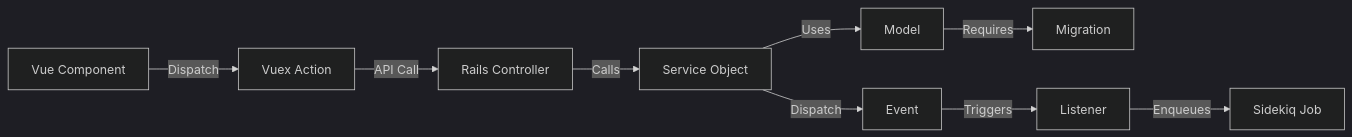
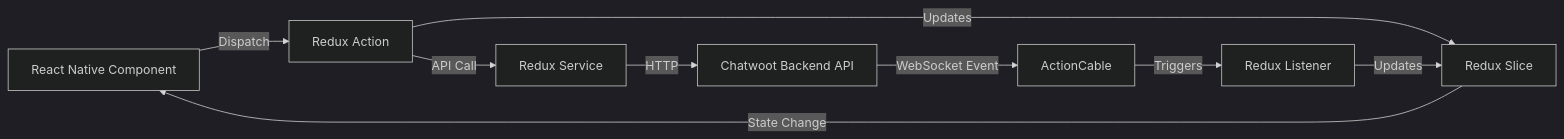
The second of 2 diagrams in processes/code_review/COMMIT_ANALYSIS_TEMPLATE.md (eleva-labs/chatwoot-mobile-app), drawn with Mermaid (dark theme) before and after one commit. The commit also changed other lines of this file and 4 other files, not shown here.

````diff
--- a/processes/code_review/COMMIT_ANALYSIS_TEMPLATE.md
+++ b/processes/code_review/COMMIT_ANALYSIS_TEMPLATE.md
@@ -166,11 +164,11 @@
 ```mermaid
 graph LR
-    A[Vue Component] -->|Dispatch| B[Vuex Action]
-    B -->|API Call| C[Rails Controller]
-    C -->|Calls| D[Service Object]
-    D -->|Uses| E[Model]
-    E -->|Requires| F[Migration]
-    D -->|Dispatch| G[Event]
-    G -->|Triggers| H[Listener]
-    H -->|Enqueues| I[Sidekiq Job]
+    A[React Native Component] -->|Dispatch| B[Redux Action]
+    B -->|API Call| C[Redux Service]
+    C -->|HTTP| D[Chatwoot Backend API]
+    B -->|Updates| E[Redux Slice]
+    E -->|State Change| A
+    D -->|WebSocket Event| F[ActionCable]
+    F -->|Triggers| G[Redux Listener]
+    G -->|Updates| E
 ```
````
